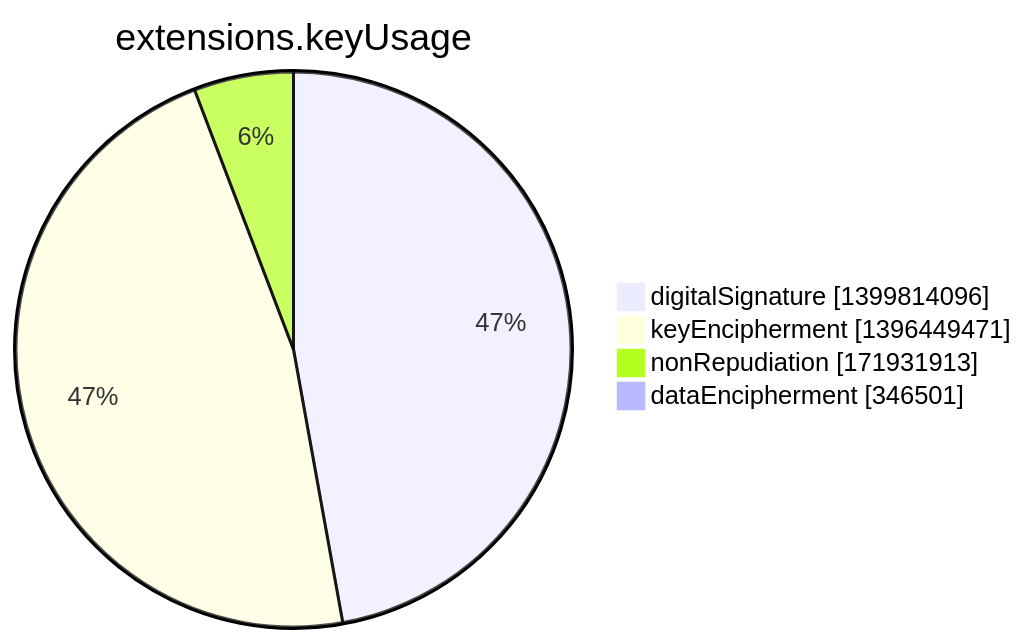
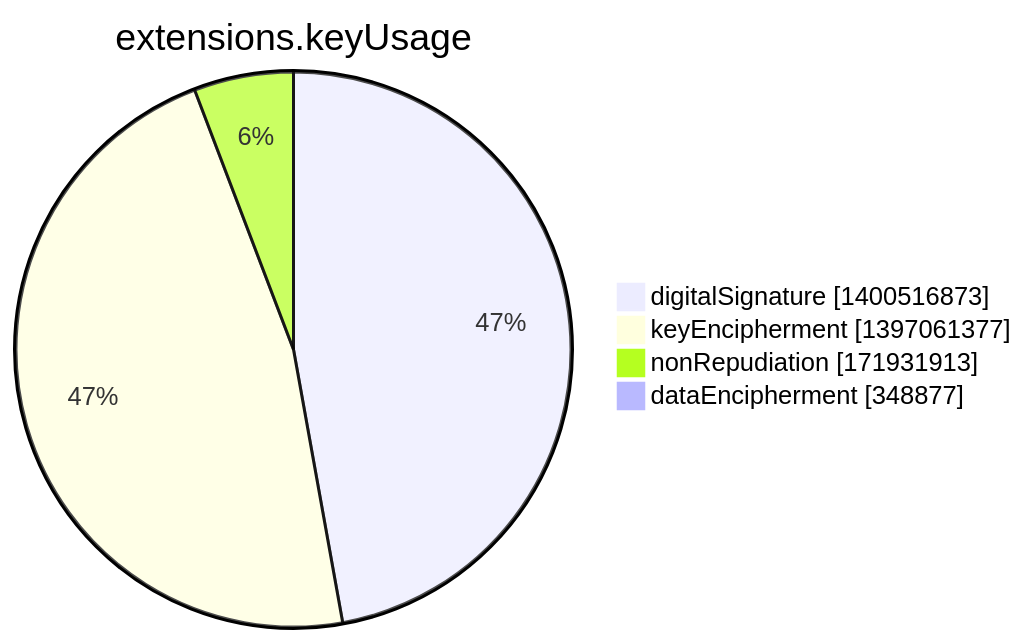
The seventh of 15 diagrams in argon2022/README.md (christiankrug/ctmonitor_visualization), drawn with Mermaid before and after one commit. The commit also changed other lines of this file, not shown here.

````diff
--- a/argon2022/README.md
+++ b/argon2022/README.md
@@ -2751,8 +2751,8 @@
 ```mermaid
 pie showData
 title extensions.keyUsage
-"digitalSignature" :1399814096
-"keyEncipherment" :1396449471
+"digitalSignature" :1400516873
+"keyEncipherment" :1397061377
 "nonRepudiation" :171931913
-"dataEncipherment" :346501
+"dataEncipherment" :348877
 ```
````
